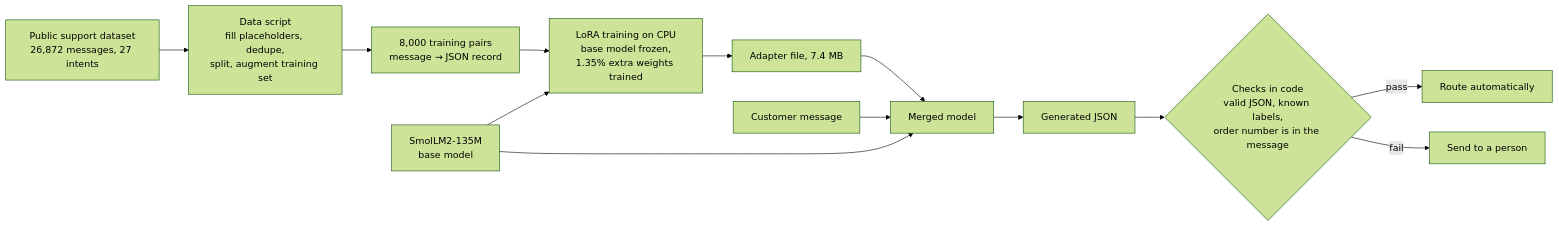
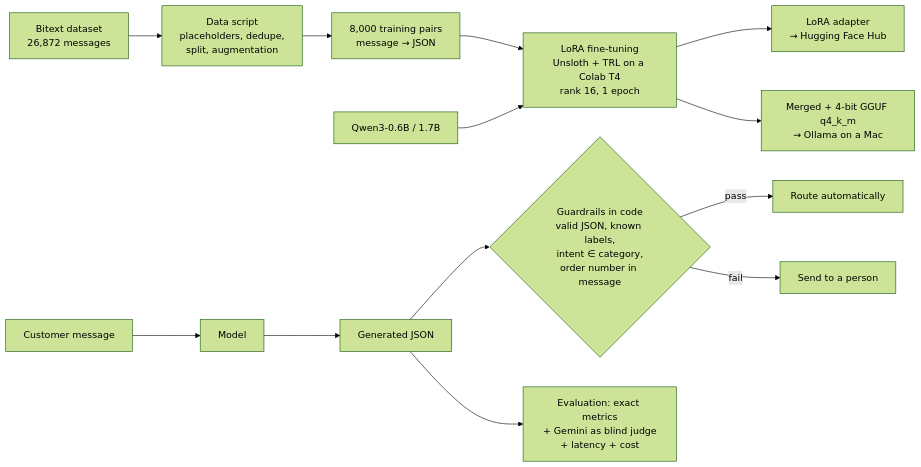
Before and after one commit to lazareaya/llm-finetune-vs-api: the diagram in README.md, drawn with Mermaid (forest theme). The commit also changed other lines of this file and 34 other files, not shown here.

First line of the commit message:
Add Qwen3 fine-tuning (Unsloth/Colab), Gemini comparison, LLM judge, cost table, Ollama serving

````diff
--- a/README.md
+++ b/README.md
@@ -39,15 +37,15 @@
 ```mermaid
 flowchart LR
-    A[Public support dataset<br/>26,872 messages, 27 intents] --> B[Data script<br/>fill placeholders, dedupe,<br/>split, augment training set]
-    B --> C[8,000 training pairs<br/>message → JSON record]
-    C --> D[LoRA training on CPU<br/>base model frozen,<br/>1.35% extra weights trained]
-    E[SmolLM2-135M<br/>base model] --> D
-    D --> F[Adapter file, 7.4 MB]
-    E --> G[Merged model]
-    F --> G
-    M[Customer message] --> G
+    A[Bitext dataset<br/>26,872 messages] --> B[Data script<br/>placeholders, dedupe,<br/>split, augmentation]
+    B --> C[8,000 training pairs<br/>message → JSON]
+    C --> D[LoRA fine-tuning<br/>Unsloth + TRL on a Colab T4<br/>rank 16, 1 epoch]
+    E[Qwen3-0.6B / 1.7B] --> D
+    D --> F[LoRA adapter<br/>→ Hugging Face Hub]
+    D --> Q[Merged + 4-bit GGUF q4_k_m<br/>→ Ollama on a Mac]
+    M[Customer message] --> G[Model]
     G --> H[Generated JSON]
-    H --> I{Checks in code<br/>valid JSON, known labels,<br/>order number is in the message}
+    H --> I{Guardrails in code<br/>valid JSON, known labels,<br/>intent ∈ category,<br/>order number in message}
     I -- pass --> J[Route automatically]
     I -- fail --> K[Send to a person]
+    H --> L[Evaluation: exact metrics<br/>+ Gemini as blind judge<br/>+ latency + cost]
 ```
````
